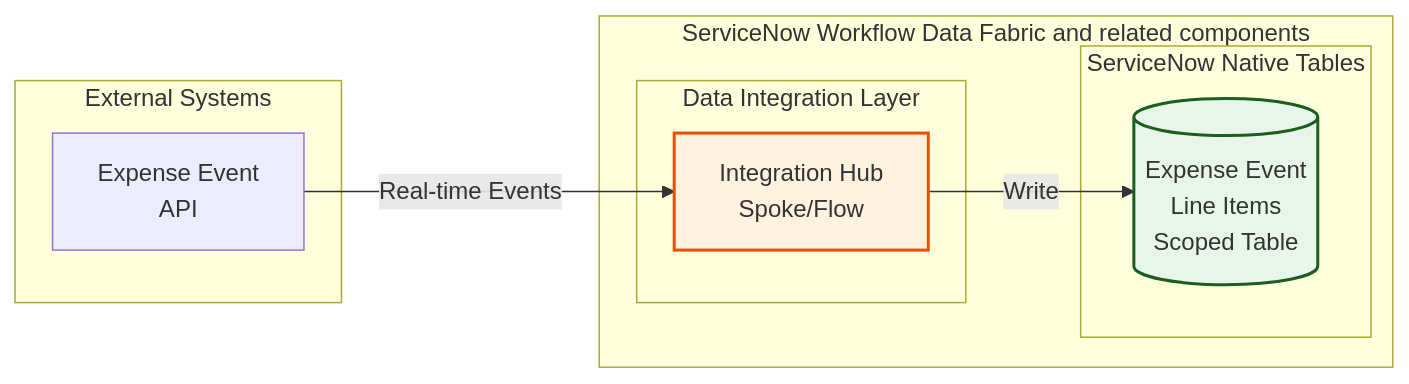
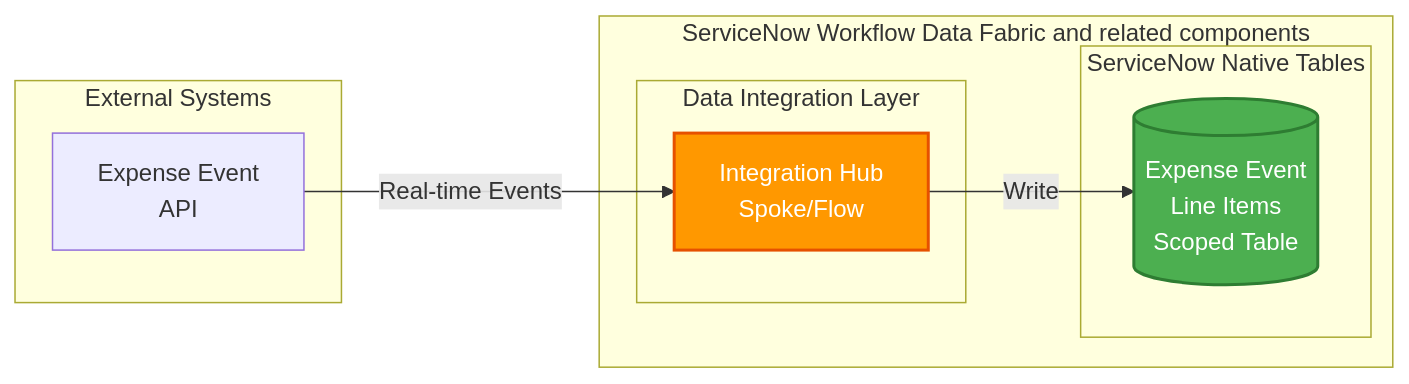
One commit to leojacinto/WorkflowDataFabric-TypeA changed the diagram in main-exercises/lab-exercise-fundamentals.md. Above: the diagram before and after it, drawn with Mermaid. The commit also changed 6 other files, not shown here.

Commit message:
Update all mermaid charts to vibrant Material Design palette for light+dark mode contrast

````diff
--- a/main-exercises/lab-exercise-fundamentals.md
+++ b/main-exercises/lab-exercise-fundamentals.md
@@ -15,29 +15,29 @@
 ```mermaid
 graph LR
     subgraph "ServiceNow Workflow Data Fabric and related components"
         subgraph "Data Integration Layer"
             IntHub[Integration Hub<br/>Spoke/Flow]
         end
 
         subgraph "ServiceNow Native Tables"
             ExpenseTable[(Expense Event<br/>Line Items<br/>Scoped Table)]
         end
     end
 
     subgraph "External Systems"
         ExpenseAPI[Expense Event<br/>API]
     end
 
     %% Data Flow Connections
     ExpenseAPI -->|Real-time Events| IntHub
     IntHub -->|Write| ExpenseTable
 
     %% Styling
-    classDef external fill:#e1f5ff,stroke:#01579b,stroke-width:2px
-    classDef integration fill:#fff3e0,stroke:#e65100,stroke-width:2px
-    classDef native fill:#e8f5e9,stroke:#1b5e20,stroke-width:2px
+    classDef external fill:#2196F3,stroke:#1565C0,stroke-width:2px,color:#fff
+    classDef integration fill:#FF9800,stroke:#E65100,stroke-width:2px,color:#fff
+    classDef native fill:#4CAF50,stroke:#2E7D32,stroke-width:2px,color:#fff
 
     class IntHub integration
     class ExpenseTable native
     class MockExpense external
 ```
````
